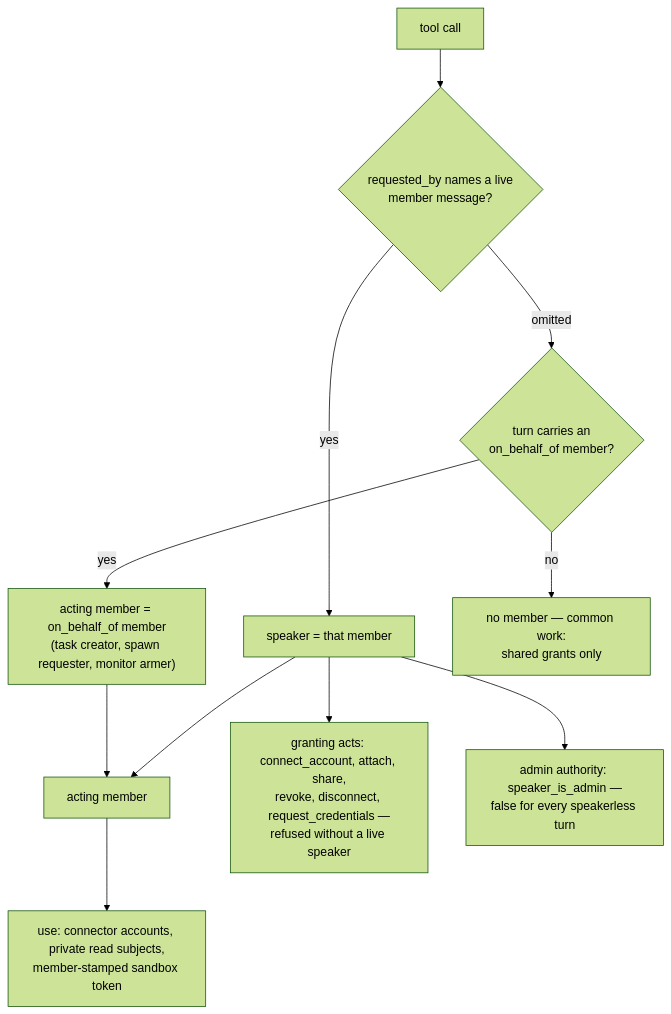
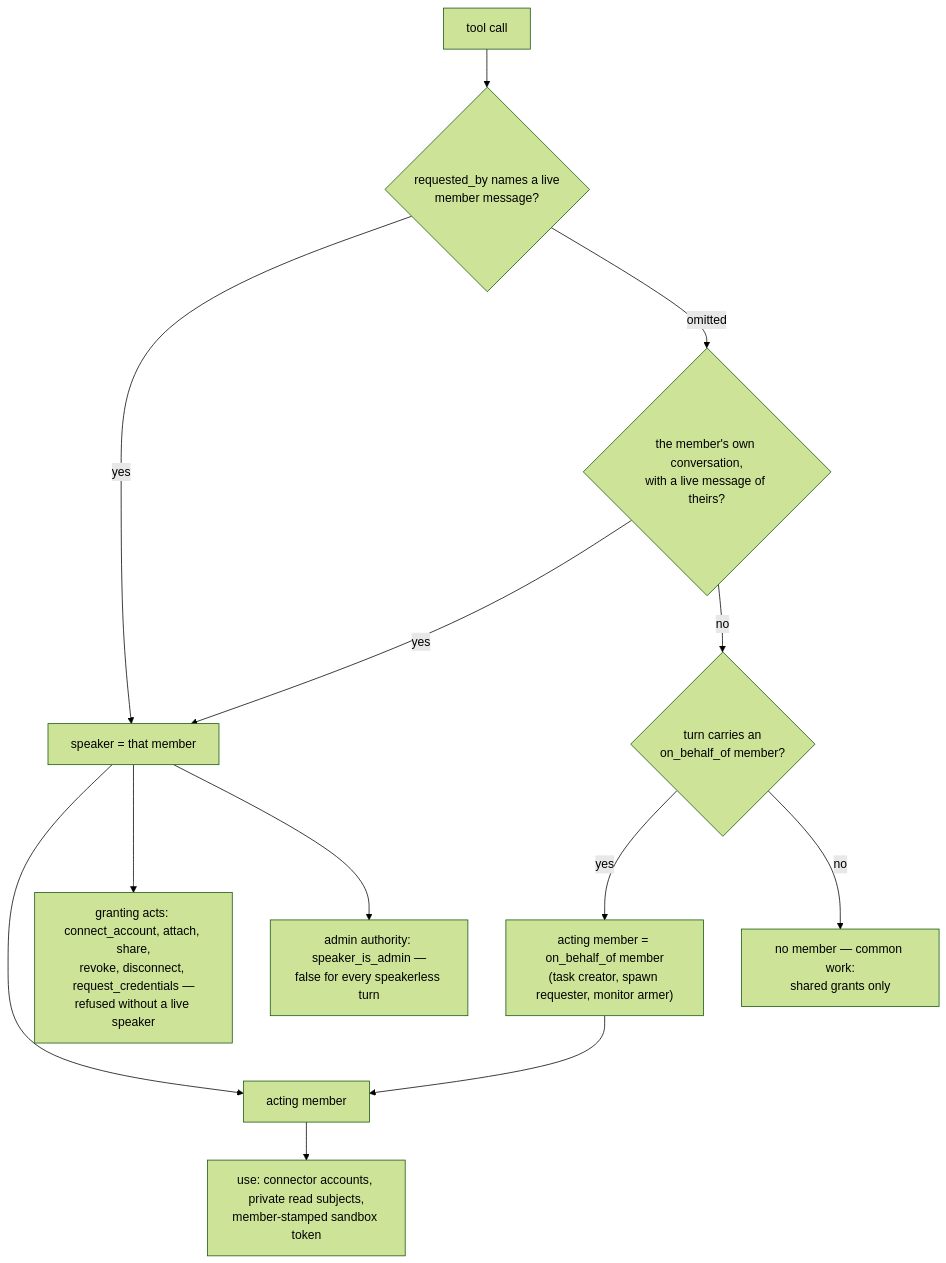
Before and after one commit to ufo-ai/ufo-core: the second of 5 diagrams in docs/permissions.md, drawn with Mermaid (forest theme). The commit also changed other lines of this file and 26 other files, not shown here.

````diff
--- a/docs/permissions.md
+++ b/docs/permissions.md
@@ -52,13 +57,15 @@
 ```mermaid
 flowchart TD
     TC["tool call"] --> RB{"requested_by names a live<br/>member message?"}
     RB -->|yes| SP["speaker = that member"]
-    RB -->|omitted| OB{"turn carries an<br/>on_behalf_of member?"}
+    RB -->|omitted| OWN{"the member's own conversation,<br/>with a live message of theirs?"}
+    OWN -->|yes| SP
+    OWN -->|no| OB{"turn carries an<br/>on_behalf_of member?"}
     OB -->|yes| BEH["acting member = on_behalf_of member<br/>(task creator, spawn requester, monitor armer)"]
     OB -->|no| NONE["no member — common work:<br/>shared grants only"]
     SP --> ACT["acting member"]
     BEH --> ACT
     ACT --> USE["use: connector accounts, private read subjects,<br/>member-stamped sandbox token"]
     SP --> GR["granting acts: connect_account, attach, share,<br/>revoke, disconnect, request_credentials —<br/>refused without a live speaker"]
     SP --> AD["admin authority: speaker_is_admin —<br/>false for every speakerless turn"]
 ```
````
